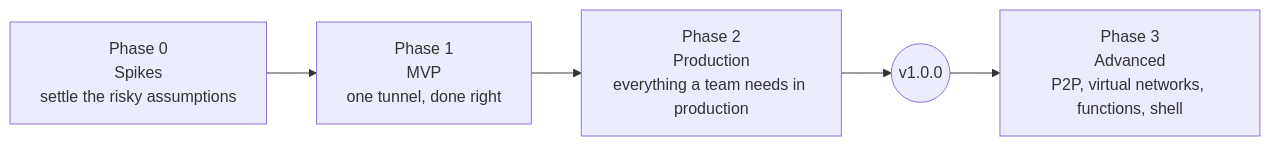
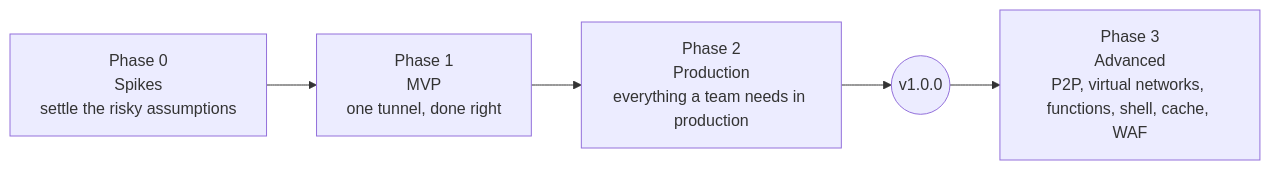
One commit to felix-homelab/rpmgr changed the diagram in docs/13-roadmap.md. Above: the diagram before and after it, drawn with Mermaid. The commit also changed other lines of this file and 16 other files, not shown here.

First line of the commit message:
docs(gateway): design the gateway cache and the WAF

````diff
--- a/docs/13-roadmap.md
+++ b/docs/13-roadmap.md
@@ -12,7 +12,7 @@
 ```mermaid
 flowchart LR
   P0[Phase 0<br/>Spikes<br/>settle the risky assumptions] --> P1[Phase 1<br/>MVP<br/>one tunnel, done right]
   P1 --> P2[Phase 2<br/>Production<br/>everything a team needs in production]
   P2 --> R1((v1.0.0))
-  R1 --> P3[Phase 3<br/>Advanced<br/>P2P, virtual networks, functions, shell]
+  R1 --> P3[Phase 3<br/>Advanced<br/>P2P, virtual networks, functions, shell, cache, WAF]
 ```
````
